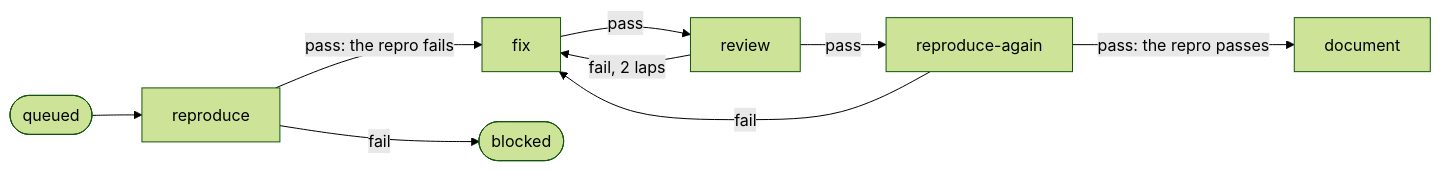
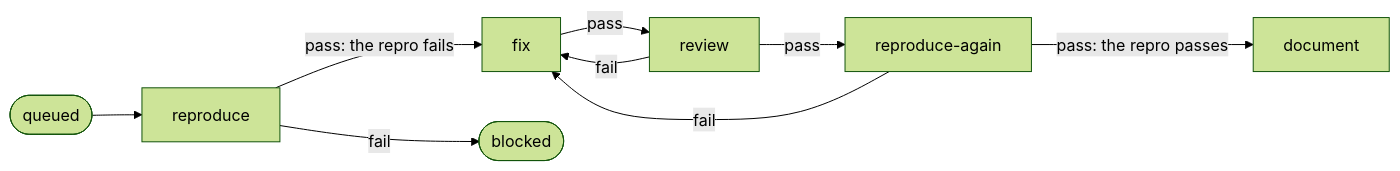
The fourth of 4 diagrams in docs/pipelines.md (marvingygas/spoolway), drawn with Mermaid (forest theme) before and after one commit. The commit also changed other lines of this file and 27 other files, not shown here.

````diff
--- a/docs/pipelines.md
+++ b/docs/pipelines.md
@@ -374,11 +372,11 @@
 ```mermaid
 flowchart LR
   Q([queued]) --> P[reproduce]
   P -->|pass: the repro fails| F[fix]
   F -->|pass| R[review]
   R -->|pass| A[reproduce-again]
-  R -->|fail, 2 laps| F
+  R -->|fail| F
   A -->|pass: the repro passes| D[document]
   A -->|fail| F
   P -->|fail| B([blocked])
 ```
````
